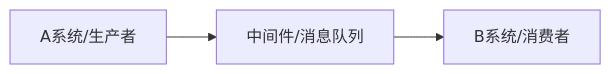
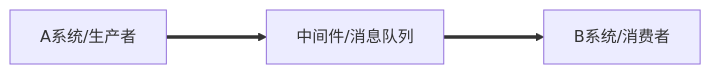
One commit to csliujw/CodeNotes changed the second of 12 diagrams in 微服务/RabbitMQ.md. Above: the diagram before and after it, drawn with Mermaid. The commit also changed other lines of this file and 287 other files, not shown here.

````diff
--- a/微服务/RabbitMQ.md
+++ b/微服务/RabbitMQ.md
@@ -119,4 +125,4 @@
 ```mermaid
 graph LR
-A系统/生产者-->中间件/消息队列-->B系统/消费者
+A系统/生产者===>中间件/消息队列===>B系统/消费者
 ```
````
